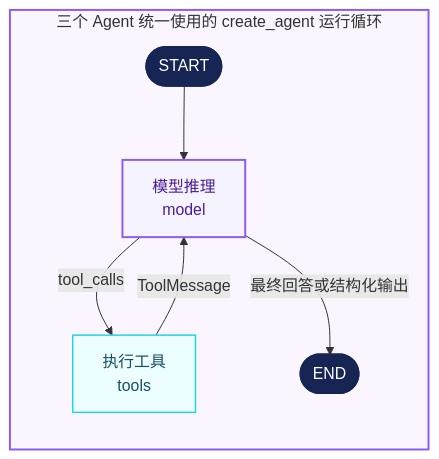
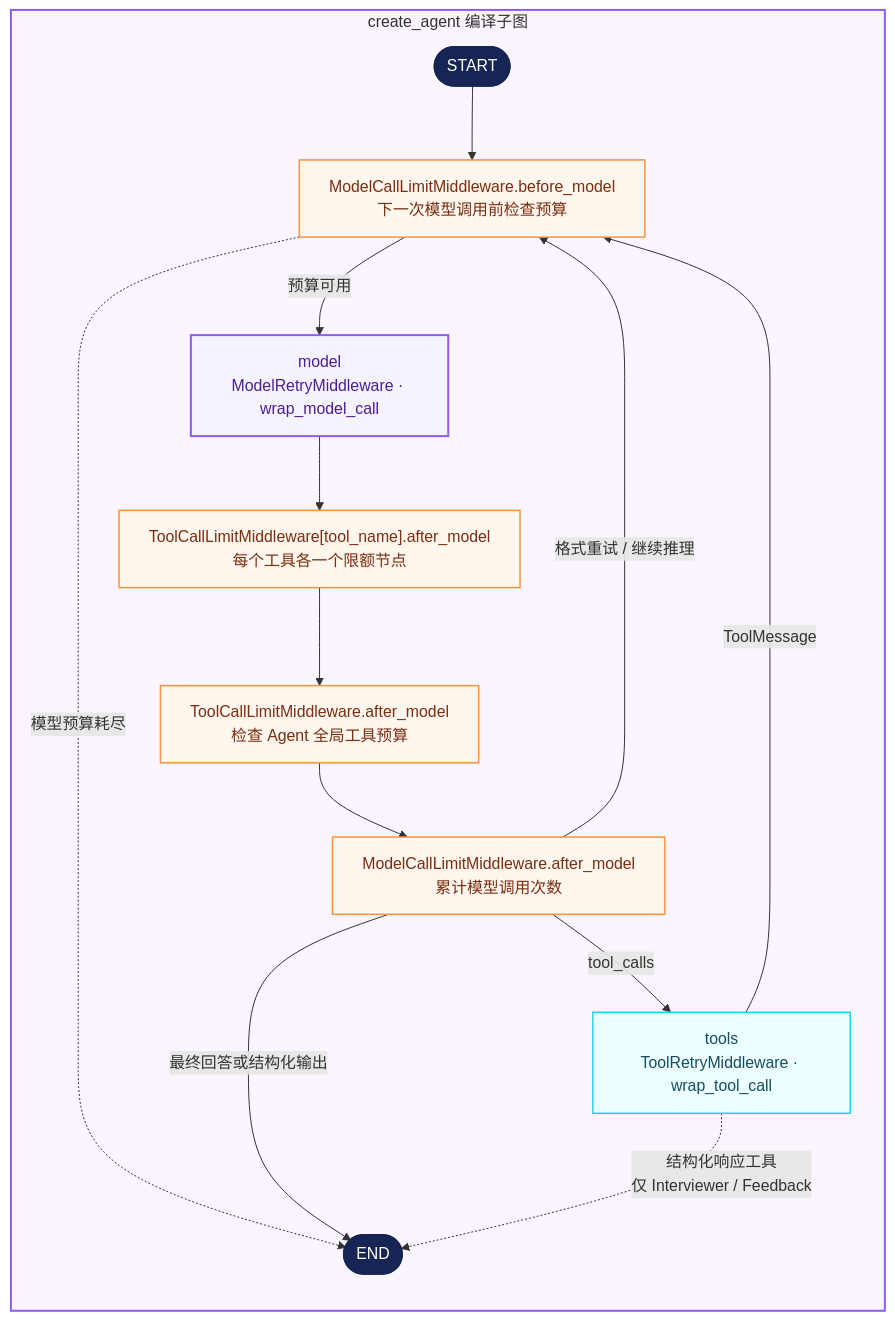
One commit to Lucky-LMC/AI-Interview changed the second of 2 diagrams in README.md. Above: the diagram before and after it, drawn with Mermaid. The commit also changed other lines of this file and 3 other files, not shown here.

Commit message:
docs: separate system and agent architecture diagrams

````diff
--- a/README.md
+++ b/README.md
@@ -58,20 +79,31 @@
 ```mermaid
 flowchart TB
-    subgraph create_agent["三个 Agent 统一使用的 create_agent 运行循环"]
+    subgraph agent_graph["create_agent 编译子图"]
         direction TB
-        agent_start([START]) --> model["模型推理<br/>model"]
-        model -- tool_calls --> tools["执行工具<br/>tools"]
-        tools -- ToolMessage --> model
-        model -- 最终回答或结构化输出 --> agent_end([END])
+        agent_start([START]) --> before_model["ModelCallLimitMiddleware.before_model<br/>下一次模型调用前检查预算"]
+        before_model -- 预算可用 --> model["model<br/>ModelRetryMiddleware · wrap_model_call"]
+        before_model -. 模型预算耗尽 .-> agent_end([END])
+
+        model --> per_tool_limit["ToolCallLimitMiddleware[tool_name].after_model<br/>每个工具各一个限额节点"]
+        per_tool_limit --> global_tool_limit["ToolCallLimitMiddleware.after_model<br/>检查 Agent 全局工具预算"]
+        global_tool_limit --> after_model["ModelCallLimitMiddleware.after_model<br/>累计模型调用次数"]
+
+        after_model -- tool_calls --> tools["tools<br/>ToolRetryMiddleware · wrap_tool_call"]
+        tools -- ToolMessage --> before_model
+        after_model -- 最终回答或结构化输出 --> agent_end
+        after_model -- 格式重试 / 继续推理 --> before_model
+        tools -. 结构化响应工具<br/>仅 Interviewer / Feedback .-> agent_end
     end
 
     classDef terminal fill:#172554,color:#ffffff,stroke:#172554,stroke-width:2px;
-    classDef modelNode fill:#f5f3ff,color:#4c1d95,stroke:#8b5cf6,stroke-width:2px;
-    classDef toolNode fill:#ecfeff,color:#164e63,stroke:#22d3ee,stroke-width:1.5px;
+    classDef middleware fill:#fff7ed,color:#7c2d12,stroke:#fb923c,stroke-width:1.5px;
+    classDef agentCore fill:#f5f3ff,color:#4c1d95,stroke:#8b5cf6,stroke-width:2px;
+    classDef tool fill:#ecfeff,color:#164e63,stroke:#22d3ee,stroke-width:1.5px;
 
     class agent_start,agent_end terminal;
-    class model modelNode;
-    class tools toolNode;
+    class before_model,per_tool_limit,global_tool_limit,after_model middleware;
+    class model agentCore;
+    class tools tool;
 
-    style create_agent fill:#faf5ff,stroke:#8b5cf6,stroke-width:2px;
+    style agent_graph fill:#faf5ff,stroke:#8b5cf6,stroke-width:2px;
 ```
````
